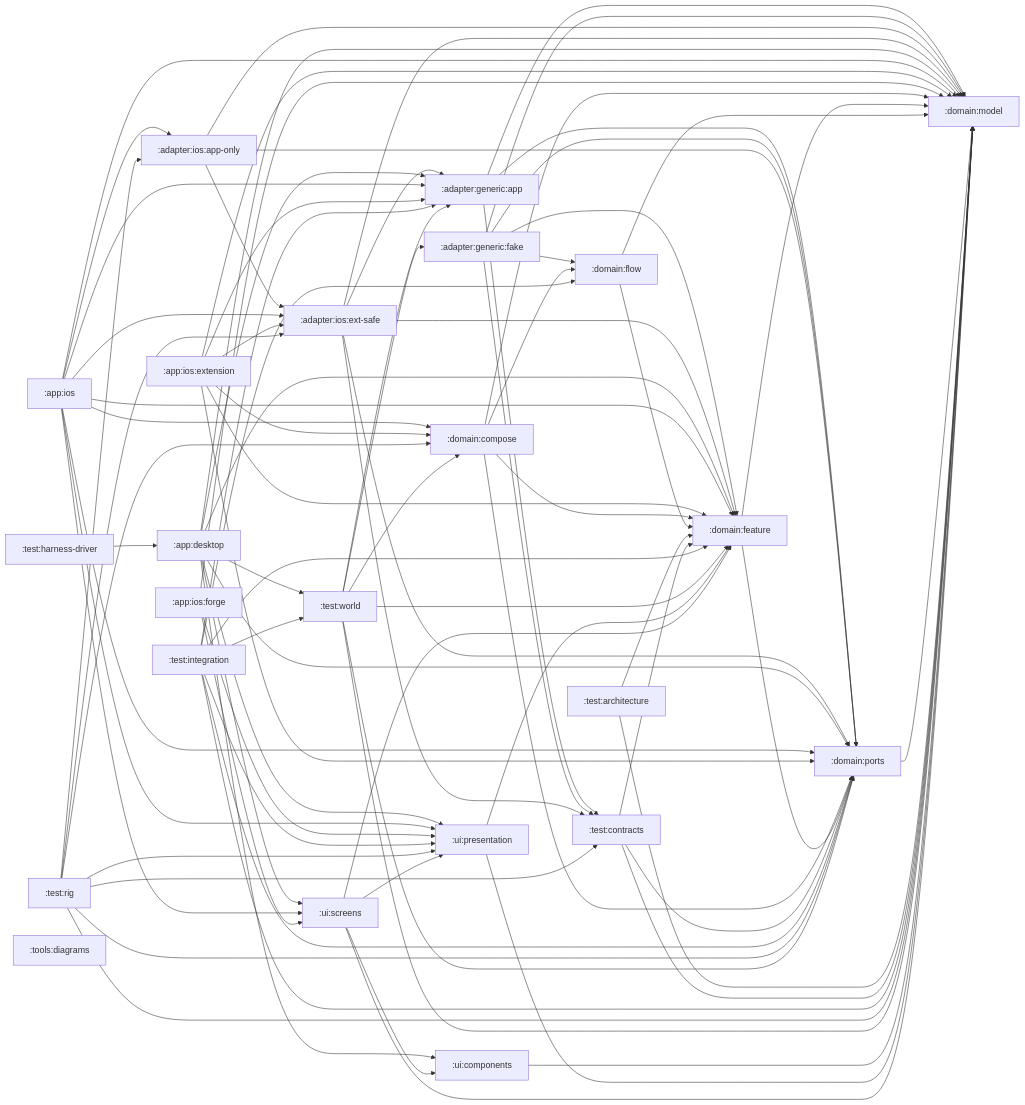
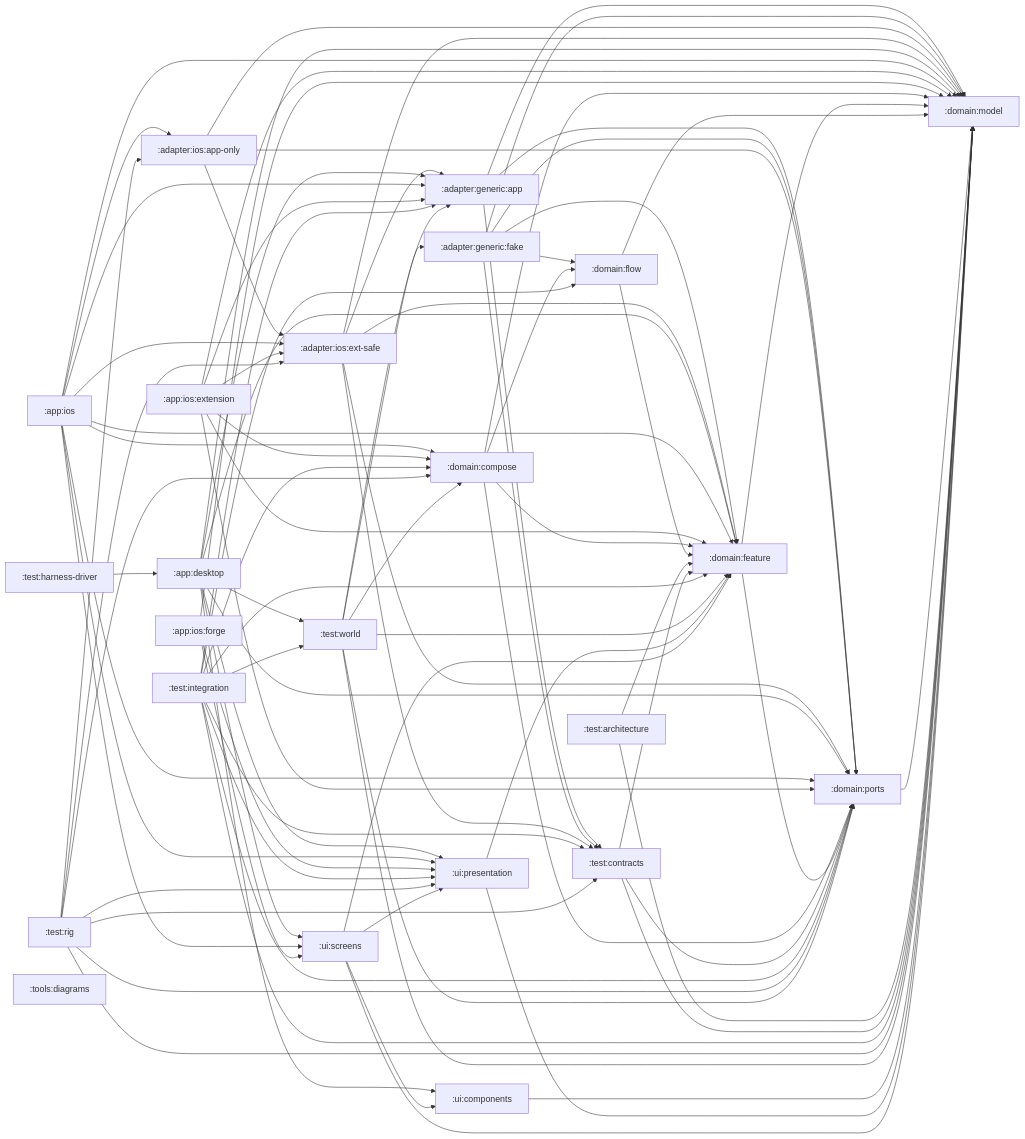
Before and after one commit to stefanhoelzl/SnapSync: the diagram in architecture/modules.md, drawn with Mermaid. The commit also changed 15 other files, not shown here.

First line of the commit message:
internal(shell): correct the retired-guard claims, update docs and diagrams

```diff
--- a/architecture/modules.md
+++ b/architecture/modules.md
@@ -90,10 +90,12 @@
   test_contracts --> domain_ports
   test_harness_driver --> app_desktop
   test_integration --> adapter_generic_app
+  test_integration --> domain_compose
   test_integration --> domain_feature
   test_integration --> domain_flow
   test_integration --> domain_model
   test_integration --> domain_ports
+  test_integration --> test_contracts
   test_integration --> test_world
   test_integration --> ui_presentation
   test_rig --> adapter_ios_app_only
```
